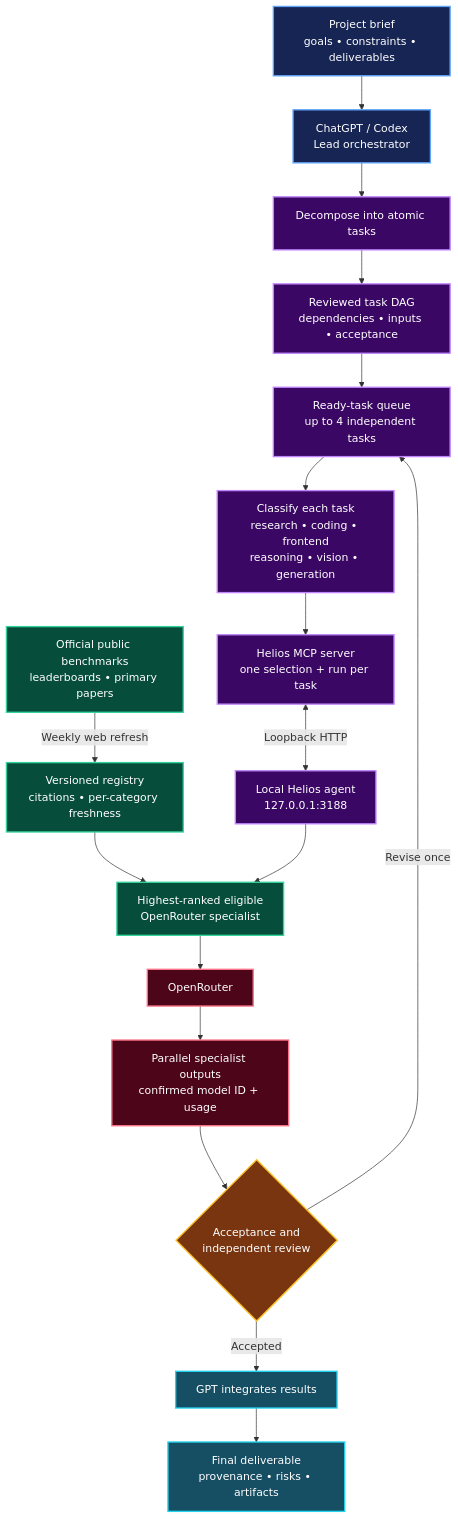
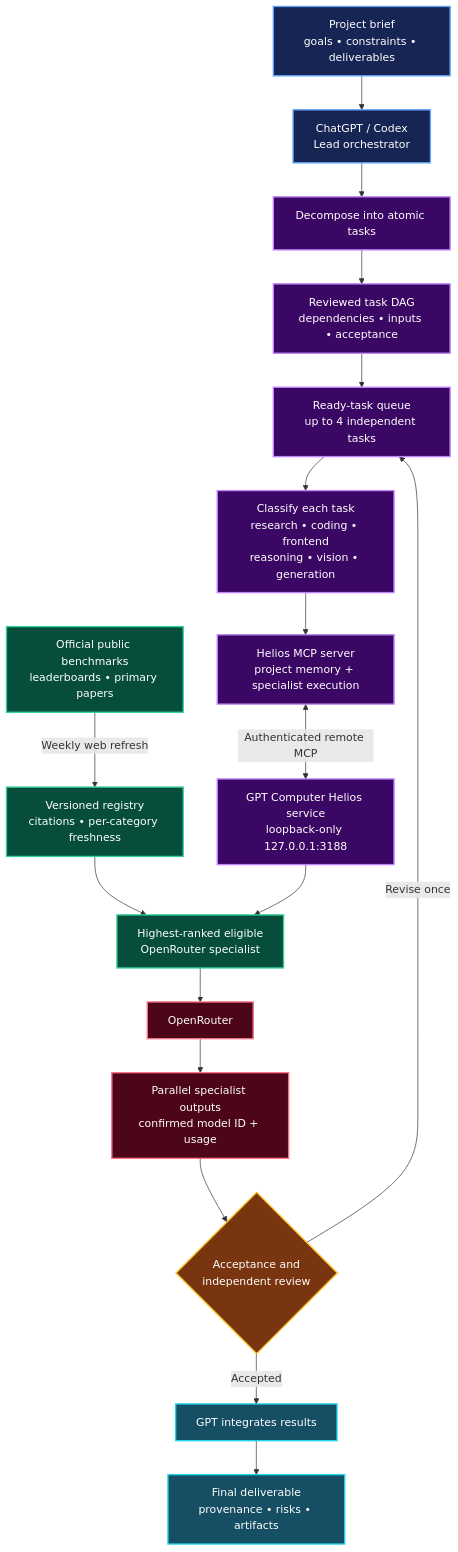
Before and after one commit to Erfouni/helios-llm-orchestrator: the diagram in README.md, drawn with Mermaid. The commit also changed other lines of this file and 23 other files, not shown here.

````diff
--- a/README.md
+++ b/README.md
@@ -23,36 +23,36 @@
 ```mermaid
 flowchart TB
     U["Project brief<br/>goals • constraints • deliverables"] --> O["ChatGPT / Codex<br/>Lead orchestrator"]
     O --> P["Decompose into atomic tasks"]
     P --> D["Reviewed task DAG<br/>dependencies • inputs • acceptance"]
     D --> Q["Ready-task queue<br/>up to 4 independent tasks"]
 
     Q --> C["Classify each task<br/>research • coding • frontend<br/>reasoning • vision • generation"]
-    C --> M["Helios MCP server<br/>one selection + run per task"]
-    M <-->|"Loopback HTTP"| A["Local Helios agent<br/>127.0.0.1:3188"]
+    C --> M["Helios MCP server<br/>project memory + specialist execution"]
+    M <-->|"Authenticated remote MCP"| A["GPT Computer Helios service<br/>loopback-only 127.0.0.1:3188"]
 
     W["Official public benchmarks<br/>leaderboards • primary papers"] -->|"Weekly web refresh"| B["Versioned registry<br/>citations • per-category freshness"]
     B --> R["Highest-ranked eligible<br/>OpenRouter specialist"]
     A --> R
 
     R --> G["OpenRouter"]
     G --> E["Parallel specialist outputs<br/>confirmed model ID + usage"]
     E --> V{"Acceptance and<br/>independent review"}
     V -->|"Revise once"| Q
     V -->|"Accepted"| I["GPT integrates results"]
     I --> F["Final deliverable<br/>provenance • risks • artifacts"]
 
     classDef client fill:#172554,stroke:#60a5fa,color:#ffffff,stroke-width:2px;
     classDef planning fill:#3b0764,stroke:#c084fc,color:#ffffff,stroke-width:2px;
     classDef evidence fill:#064e3b,stroke:#34d399,color:#ffffff,stroke-width:2px;
     classDef execution fill:#4c0519,stroke:#fb7185,color:#ffffff,stroke-width:2px;
     classDef review fill:#78350f,stroke:#fbbf24,color:#ffffff,stroke-width:2px;
     classDef result fill:#164e63,stroke:#22d3ee,color:#ffffff,stroke-width:2px;
 
     class U,O client;
     class P,D,Q,C,M,A planning;
     class W,B,R evidence;
     class G,E execution;
     class V review;
     class I,F result;
 ```
````
